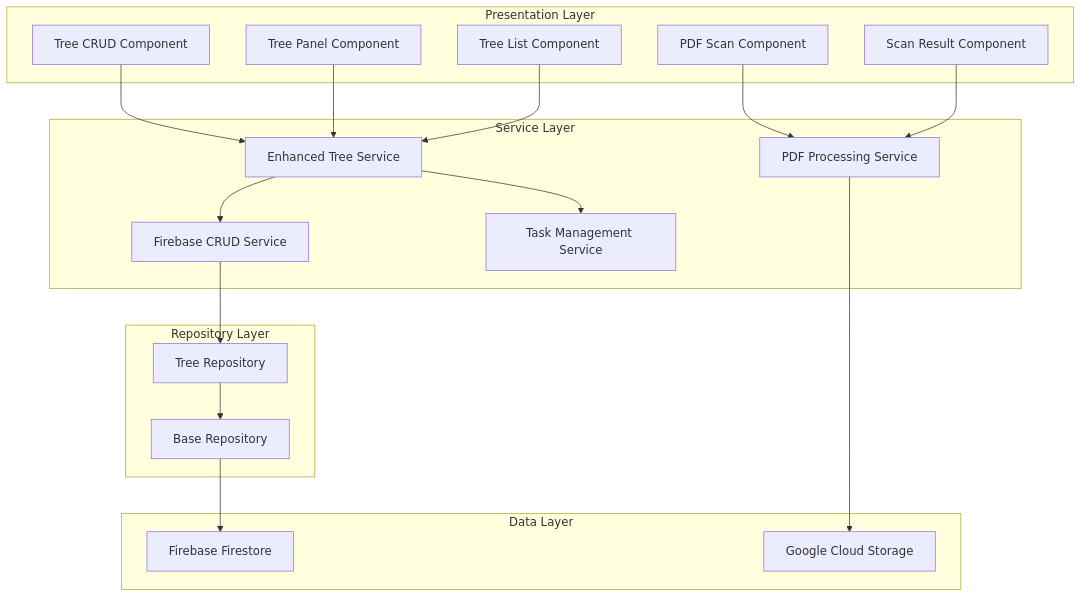
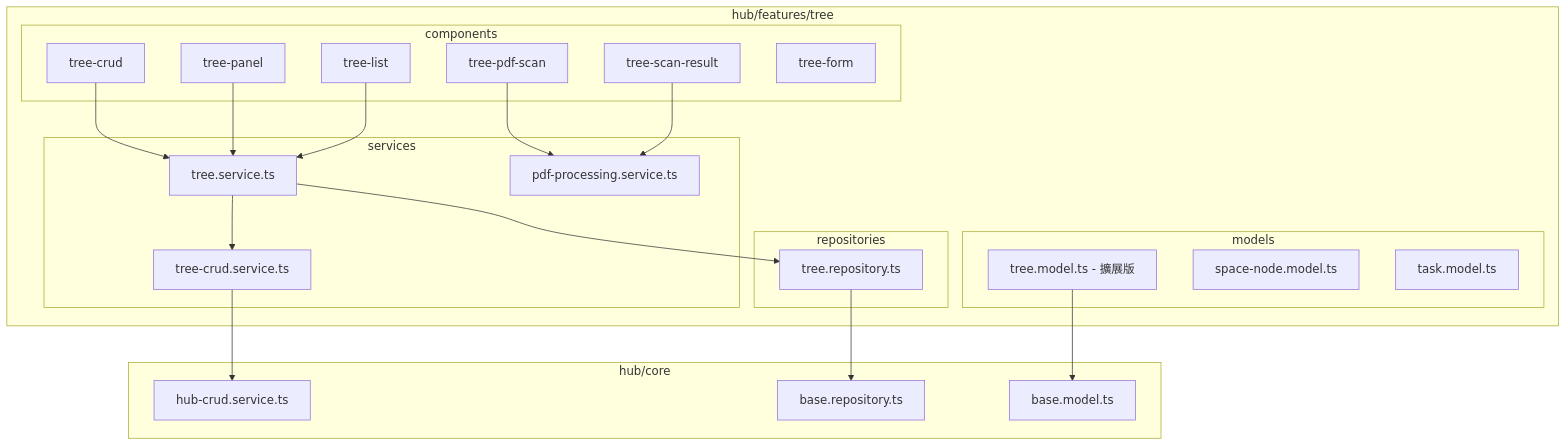
One commit to ac484/ng-alain changed the first of 2 diagrams in .kiro/specs/tree-feature-migration/design.md. Above: the diagram before and after it, drawn with Mermaid. The commit also changed other lines of this file and 2 other files, not shown here.

Commit message:
更新樹狀功能遷移文檔，詳細說明遷移策略、目標架構及各組件和服務的遷移計劃，確保原有功能完整性並整合到 hub 生態系統中，提升系統的一致性與可維護性。

````diff
--- a/.kiro/specs/tree-feature-migration/design.md
+++ b/.kiro/specs/tree-feature-migration/design.md
@@ -13,39 +17,46 @@
 ```mermaid
 graph TB
-    subgraph "Presentation Layer"
-        A[Tree CRUD Component]
-        B[Tree Panel Component]
-        C[PDF Scan Component]
-        D[Scan Result Component]
-        E[Tree List Component]
+    subgraph "hub/features/tree"
+        subgraph "components"
+            A[tree-crud]
+            B[tree-panel] 
+            C[tree-list]
+            D[tree-pdf-scan]
+            E[tree-scan-result]
+            F[tree-form]
+        end
+        
+        subgraph "services"
+            G[tree.service.ts]
+            H[tree-crud.service.ts]
+            I[pdf-processing.service.ts]
+        end
+        
+        subgraph "models"
+            J[tree.model.ts - 擴展版]
+            K[space-node.model.ts]
+            L[task.model.ts]
+        end
+        
+        subgraph "repositories"
+            M[tree.repository.ts]
+        end
     end
     
-    subgraph "Service Layer"
-        F[Enhanced Tree Service]
-        G[Firebase CRUD Service]
-        H[PDF Processing Service]
-        I[Task Management Service]
+    subgraph "hub/core"
+        N[hub-crud.service.ts]
+        O[base.repository.ts]
+        P[base.model.ts]
     end
     
-    subgraph "Repository Layer"
-        J[Tree Repository]
-        K[Base Repository]
-    end
-    
-    subgraph "Data Layer"
-        L[Firebase Firestore]
-        M[Google Cloud Storage]
-    end
-    
-    A --> F
-    B --> F
-    C --> H
-    D --> H
-    E --> F
-    F --> G
-    F --> I
-    G --> J
-    J --> K
-    K --> L
-    H --> M
+    A --> G
+    B --> G
+    C --> G
+    D --> I
+    E --> I
+    G --> H
+    G --> M
+    H --> N
+    M --> O
+    J --> P
 ```
````
